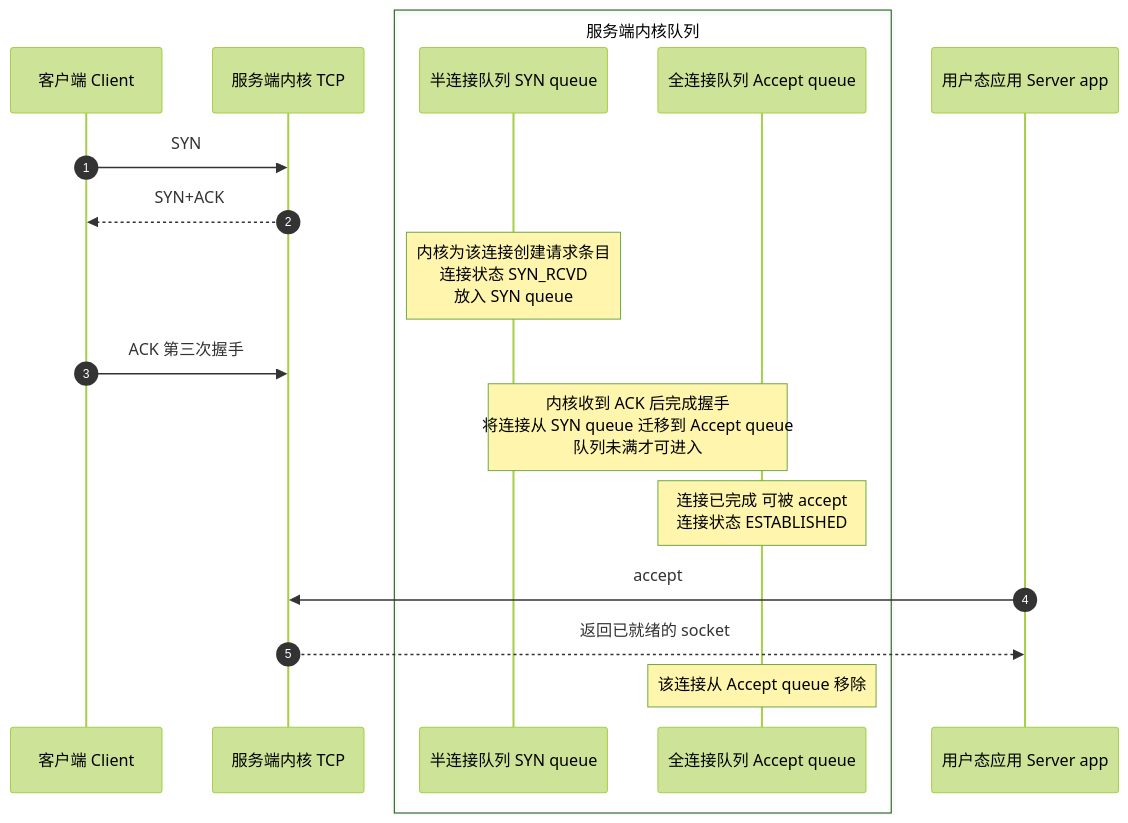
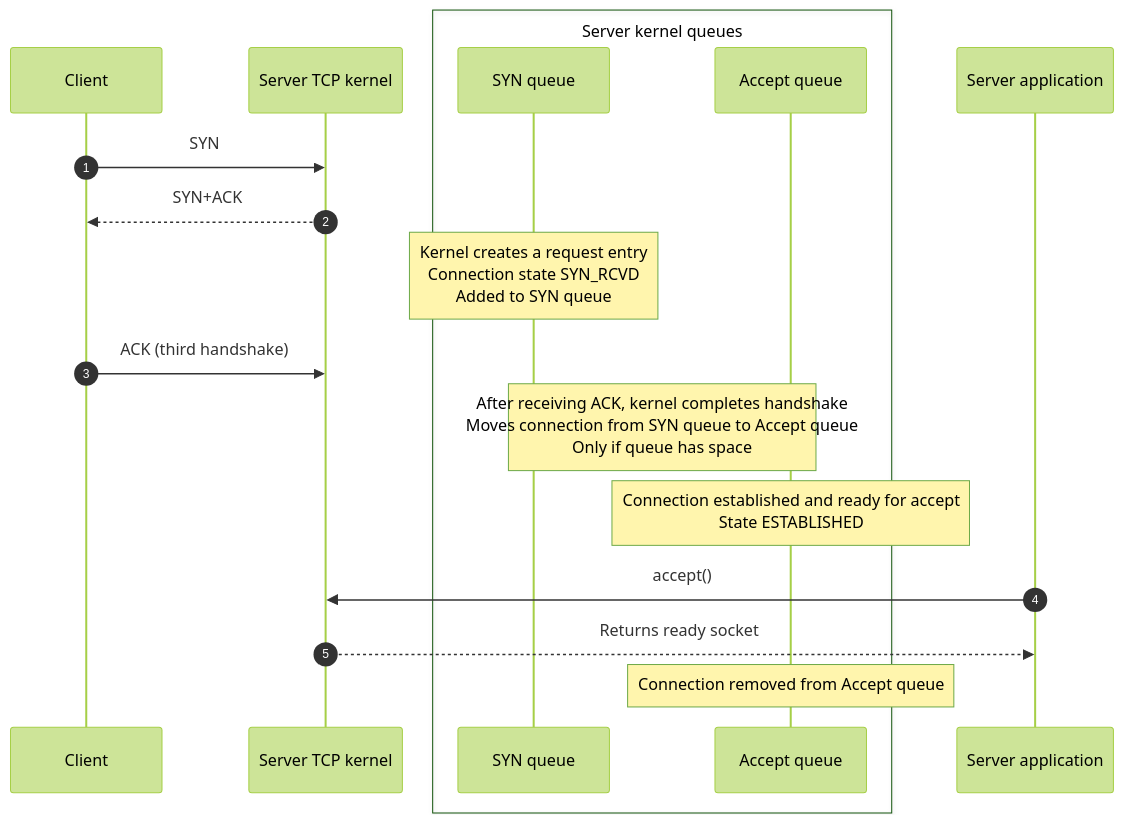
One commit to m3h3d1/JavaGuideEn changed the first of 5 diagrams in docs/cs-basics/network/tcp-connection-and-disconnection.md. Above: the diagram before and after it, drawn with Mermaid (forest theme). The commit also changed other lines of this file and 71 other files, not shown here.

````diff
--- a/docs/cs-basics/network/tcp-connection-and-disconnection.md
+++ b/docs/cs-basics/network/tcp-connection-and-disconnection.md
@@ -44,23 +44,23 @@
 ```mermaid
 sequenceDiagram
   autonumber
-  participant C as 客户端 Client
-  participant K as 服务端内核 TCP
-  box 服务端内核队列
-    participant SQ as 半连接队列 SYN queue
-    participant AQ as 全连接队列 Accept queue
+  participant C as Client
+  participant K as Server TCP kernel
+  box Server kernel queues
+    participant SQ as SYN queue
+    participant AQ as Accept queue
   end
-  participant App as 用户态应用 Server app
+  participant App as Server application
 
   C->>K: SYN
   K-->>C: SYN+ACK
-  Note over SQ: 内核为该连接创建请求条目<br/>连接状态 SYN_RCVD<br/>放入 SYN queue
+  Note over SQ: Kernel creates a request entry<br/>Connection state SYN_RCVD<br/>Added to SYN queue
 
-  C->>K: ACK 第三次握手
-  Note over SQ,AQ: 内核收到 ACK 后完成握手<br/>将连接从 SYN queue 迁移到 Accept queue<br/>队列未满才可进入
-  Note over AQ: 连接已完成 可被 accept<br/>连接状态 ESTABLISHED
+  C->>K: ACK (third handshake)
+  Note over SQ,AQ: After receiving ACK, kernel completes handshake<br/>Moves connection from SYN queue to Accept queue<br/>Only if queue has space
+  Note over AQ: Connection established and ready for accept<br/>State ESTABLISHED
 
-  App->>K: accept
-  K-->>App: 返回已就绪的 socket
-  Note over AQ: 该连接从 Accept queue 移除
+  App->>K: accept()
+  K-->>App: Returns ready socket
+  Note over AQ: Connection removed from Accept queue
 ```
````
